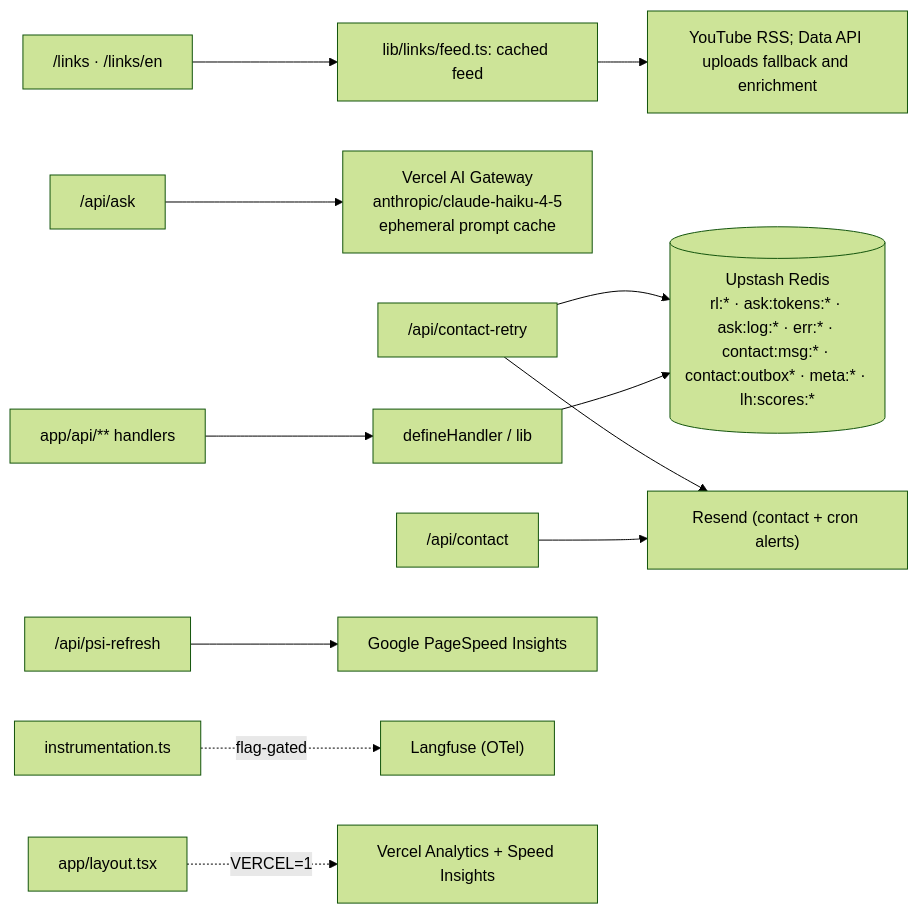
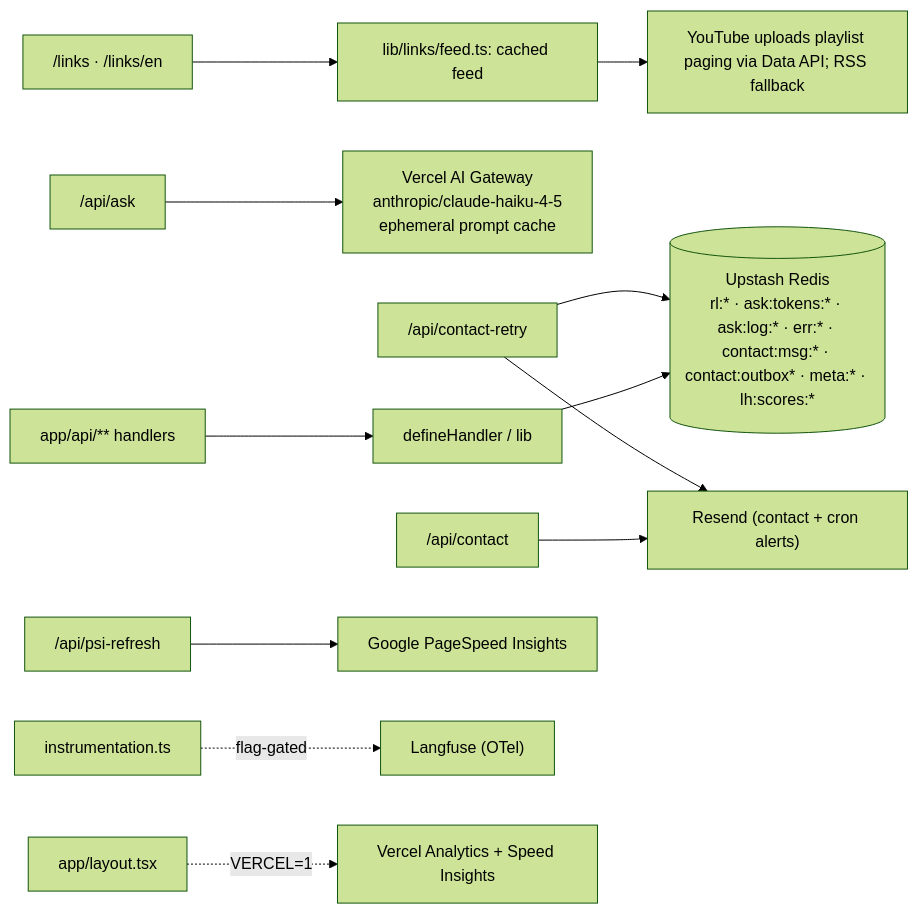
One commit to erikunha/portfolio changed the diagram in docs/05-api-and-integrations.md. Above: the diagram before and after it, drawn with Mermaid (forest theme). The commit also changed other lines of this file and 7 other files, not shown here.

First line of the commit message:
feat(links): page the uploads playlist to fill the history

````diff
--- a/docs/05-api-and-integrations.md
+++ b/docs/05-api-and-integrations.md
@@ -76,14 +76,14 @@
 ```mermaid
 flowchart LR
     routes["app/api/** handlers"] --> defh["defineHandler / lib"]
     defh --> redis[("Upstash Redis<br/>rl:* · ask:tokens:* · ask:log:* · err:* · contact:msg:* · contact:outbox* · meta:* · lh:scores:*")]
     ask["/api/ask"] --> gw["Vercel AI Gateway<br/>anthropic/claude-haiku-4-5<br/>ephemeral prompt cache"]
     linkpages["/links · /links/en"] --> links["lib/links/feed.ts: cached feed"]
-    links --> youtube["YouTube RSS; Data API uploads fallback and enrichment"]
+    links --> youtube["YouTube uploads playlist paging via Data API; RSS fallback"]
     contact["/api/contact"] --> resend["Resend (contact + cron alerts)"]
     retry["/api/contact-retry"] --> redis
     retry --> resend
     psicron["/api/psi-refresh"] --> psi["Google PageSpeed Insights"]
     instr["instrumentation.ts"] -.flag-gated.-> lf["Langfuse (OTel)"]
     layout["app/layout.tsx"] -.VERCEL=1.-> rum["Vercel Analytics + Speed Insights"]
 ```
````
